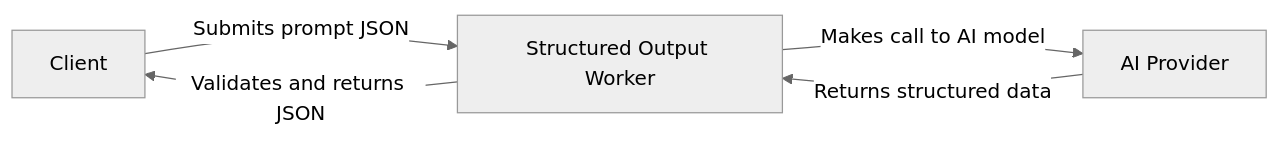
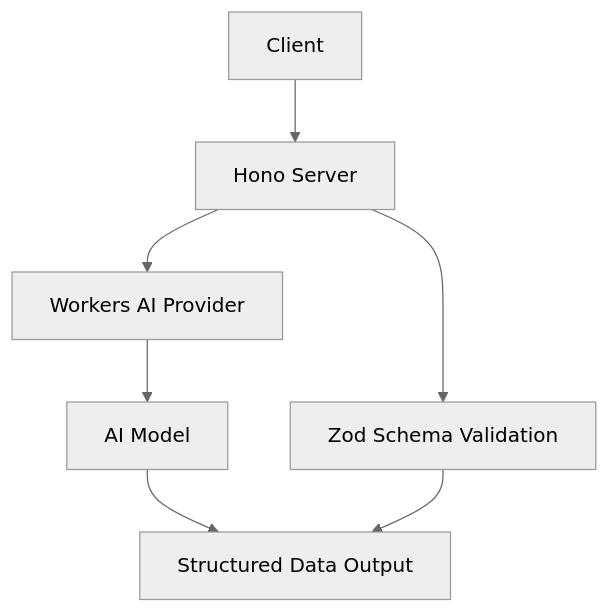
One commit to reeawnc/cloudflare changed the first of 2 diagrams in apps/structured-output/README.md. Above: the diagram before and after it, drawn with Mermaid (neutral theme). The commit also changed other lines of this file and 12 other files, not shown here.

````diff
--- a/apps/structured-output/README.md
+++ b/apps/structured-output/README.md
@@ -47,7 +96,9 @@
 ```mermaid
-flowchart LR
-    A[Client] -->|Submits prompt JSON| B[Structured Output Worker]
-    B -->|Makes call to AI model| C[AI Provider]
-    C -->|Returns structured data| B
-    B -->|Validates and returns JSON| A
+graph TD;
+    A[Client] --> B[Hono Server];
+    B --> C[Workers AI Provider];
+    C --> D[AI Model];
+    D --> E[Structured Data Output];
+    B --> F[Zod Schema Validation];
+    F --> E;
 ```
````
